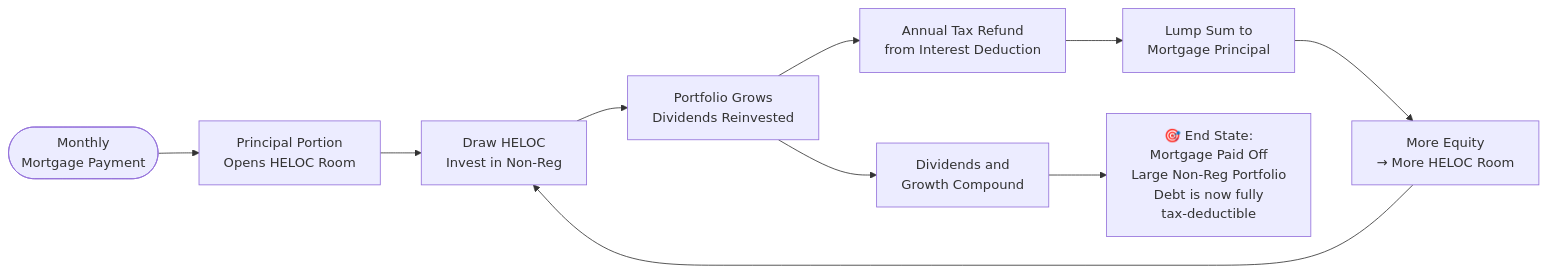
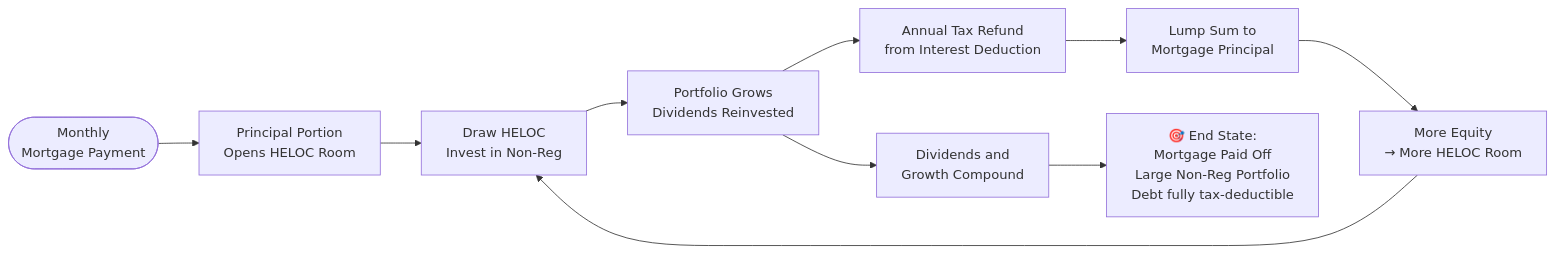
Before and after one commit to latetedemelon/SmitheManeuver: the sixth of 7 diagrams in README.md, drawn with Mermaid. The commit also changed other lines of this file, not shown here.

```diff
--- a/README.md
+++ b/README.md
@@ -802,12 +494,12 @@
       <div class="mermaid">
 flowchart LR
     A([Monthly\nMortgage Payment]) --> B[Principal Portion\nOpens HELOC Room]
     B --> C[Draw HELOC\nInvest in Non-Reg]
     C --> D[Portfolio Grows\nDividends Reinvested]
     D --> E[Annual Tax Refund\nfrom Interest Deduction]
     E --> F[Lump Sum to\nMortgage Principal]
     F --> G[More Equity\n→ More HELOC Room]
     G --> C
     D --> H[Dividends and\nGrowth Compound]
-    H --> I[🎯 End State:\nMortgage Paid Off\nLarge Non-Reg Portfolio\nDebt is now fully\ntax-deductible]
+    H --> I[🎯 End State:\nMortgage Paid Off\nLarge Non-Reg Portfolio\nDebt fully tax-deductible]
       </div>
```
